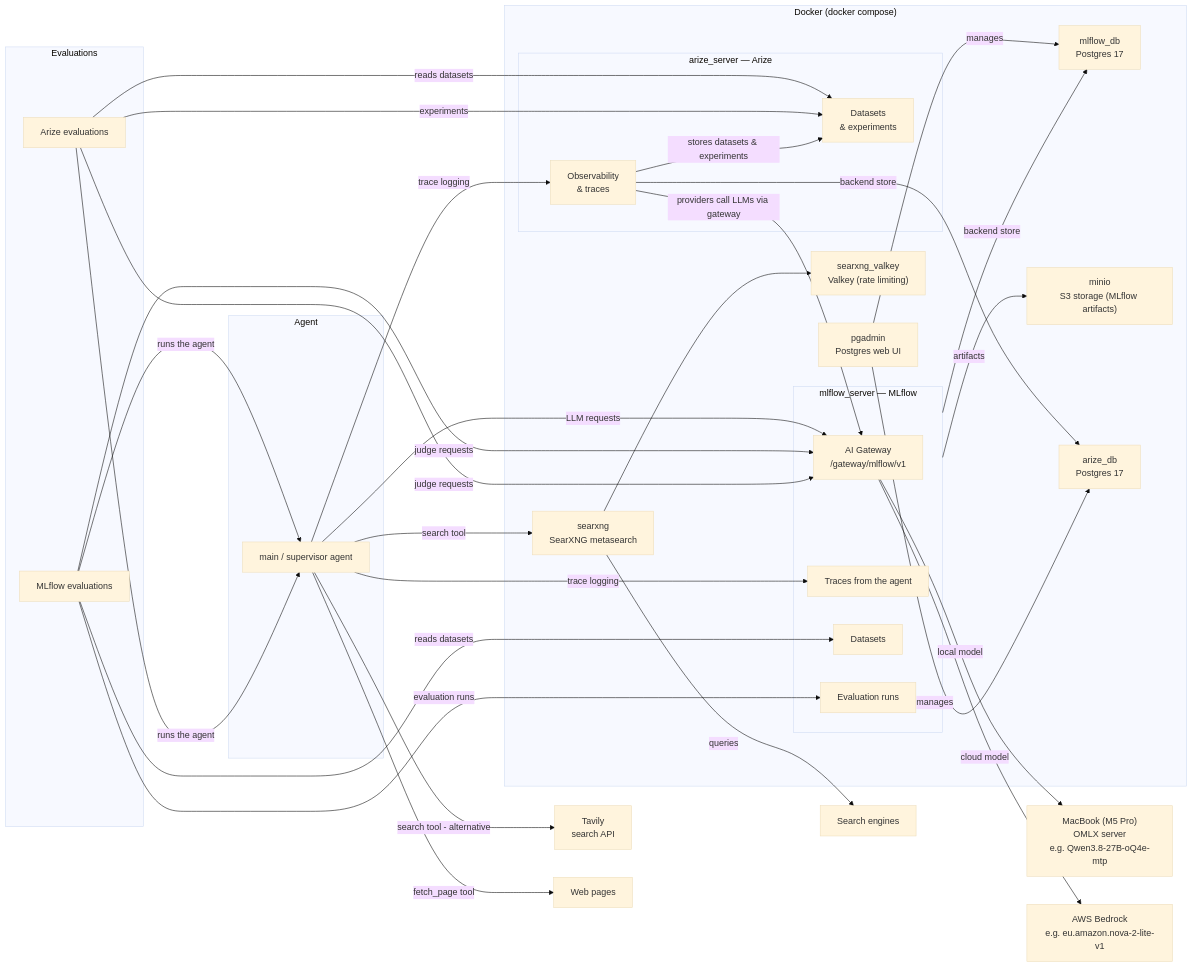
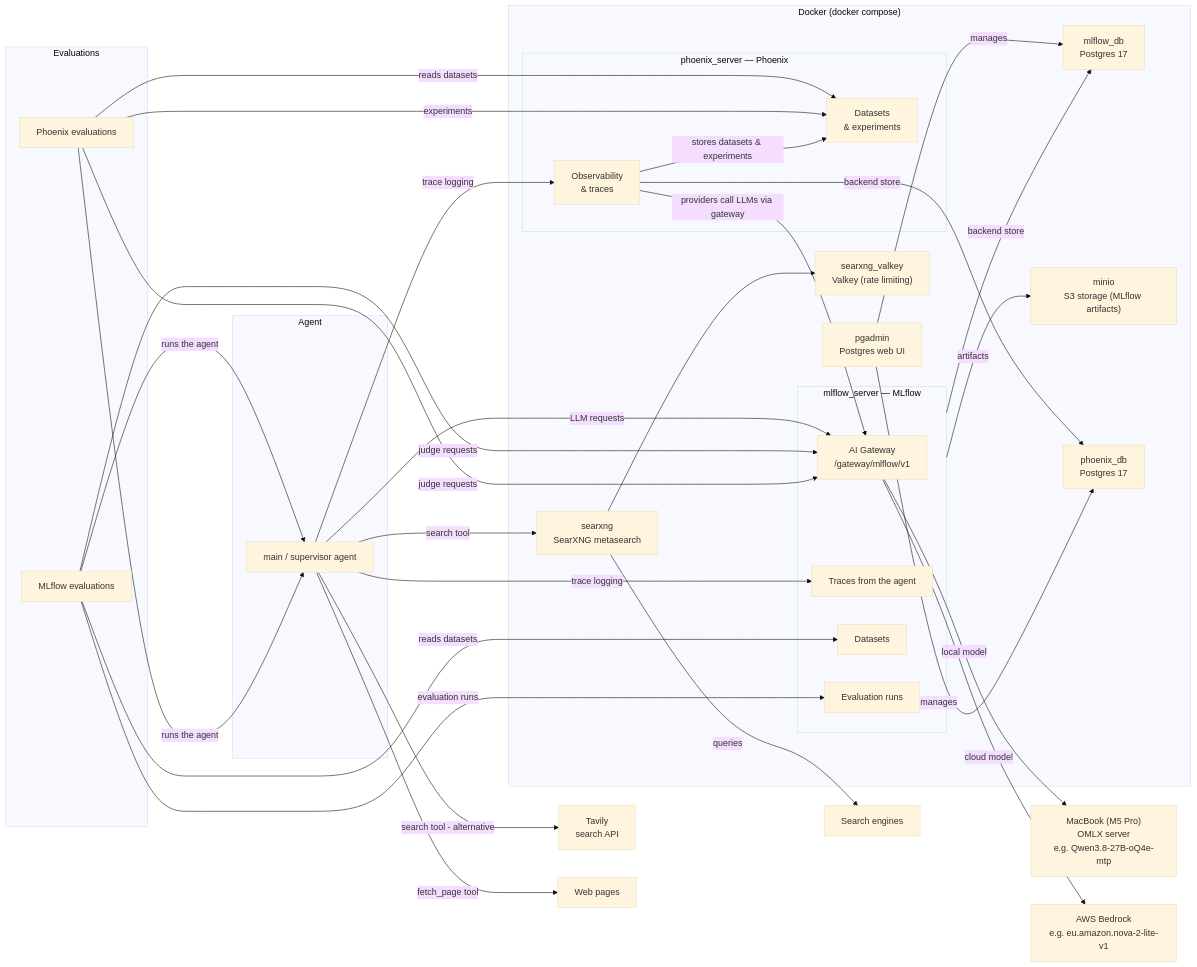
Before and after one commit to codiply/tech-market-researcher: the first of 5 diagrams in documentation/design.md, drawn with Mermaid (base theme). The commit also changed other lines of this file and 32 other files, not shown here.

First line of the commit message:
Rename Arize to Phoenix and move storage to .storage

````diff
--- a/documentation/design.md
+++ b/documentation/design.md
@@ -5,62 +5,62 @@
 ```mermaid
 flowchart LR
     subgraph agent["Agent"]
         main["main / supervisor agent"]
     end
 
     subgraph evals["Evaluations"]
         mlflow_evals["MLflow evaluations"]
-        arize_evals["Arize evaluations"]
+        phoenix_evals["Phoenix evaluations"]
     end
 
     subgraph docker["Docker (docker compose)"]
         subgraph mlflow_box["mlflow_server — MLflow"]
             gateway["AI Gateway<br/>/gateway/mlflow/v1"]
             traces["Traces from the agent"]
             datasets["Datasets"]
             eval_runs["Evaluation runs"]
         end
         mlflow_db["mlflow_db<br/>Postgres 17"]
         searxng["searxng<br/>SearXNG metasearch"]
         valkey["searxng_valkey<br/>Valkey (rate limiting)"]
         minio["minio<br/>S3 storage (MLflow artifacts)"]
         pgadmin["pgadmin<br/>Postgres web UI"]
-        subgraph arize_box["arize_server — Arize"]
-            arize_server["Observability<br/>& traces"]
-            arize_datasets["Datasets<br/>& experiments"]
+        subgraph phoenix_box["phoenix_server — Phoenix"]
+            phoenix_server["Observability<br/>& traces"]
+            phoenix_datasets["Datasets<br/>& experiments"]
         end
-        arize_db["arize_db<br/>Postgres 17"]
+        phoenix_db["phoenix_db<br/>Postgres 17"]
     end
 
     macbook["MacBook (M5 Pro)<br/>OMLX server<br/>e.g. Qwen3.8-27B-oQ4e-mtp"]
     aws["AWS Bedrock<br/>e.g. eu.amazon.nova-2-lite-v1"]
     tavily["Tavily<br/>search API"]
     engines["Search engines"]
     web["Web pages"]
 
     main -->|LLM requests| gateway
     main -->|trace logging| traces
-    main -->|trace logging| arize_server
+    main -->|trace logging| phoenix_server
     main -->|search tool| searxng
     main -->|search tool - alternative| tavily
     main -->|fetch_page tool| web
     mlflow_evals -->|runs the agent| main
     mlflow_evals -->|judge requests| gateway
     mlflow_evals -->|reads datasets| datasets
     mlflow_evals -->|evaluation runs| eval_runs
-    arize_evals -->|runs the agent| main
-    arize_evals -->|judge requests| gateway
-    arize_evals -->|reads datasets| arize_datasets
-    arize_evals -->|experiments| arize_datasets
-    arize_server -->|stores datasets & experiments| arize_datasets
-    arize_server -->|providers call LLMs via gateway| gateway
+    phoenix_evals -->|runs the agent| main
+    phoenix_evals -->|judge requests| gateway
+    phoenix_evals -->|reads datasets| phoenix_datasets
+    phoenix_evals -->|experiments| phoenix_datasets
+    phoenix_server -->|stores datasets & experiments| phoenix_datasets
+    phoenix_server -->|providers call LLMs via gateway| gateway
     gateway -->|local model| macbook
     gateway -->|cloud model| aws
     searxng -->|queries| engines
     searxng --> valkey
     mlflow_box -->|backend store| mlflow_db
     mlflow_box -->|artifacts| minio
     pgadmin -->|manages| mlflow_db
-    arize_server -->|backend store| arize_db
-    pgadmin -->|manages| arize_db
+    phoenix_server -->|backend store| phoenix_db
+    pgadmin -->|manages| phoenix_db
 ```
````
